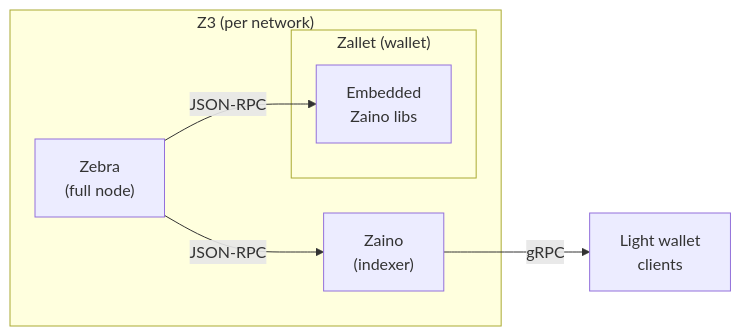
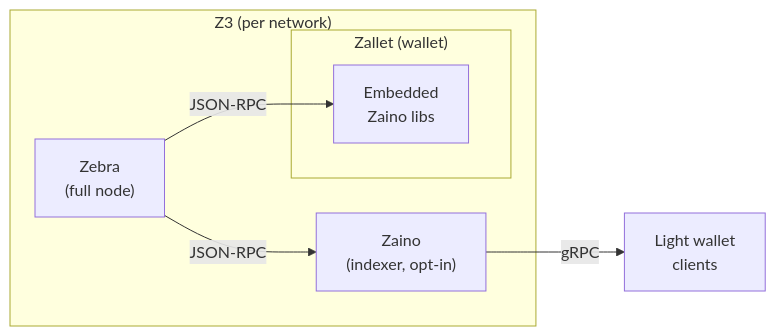
The diagram in README.md (ZcashFoundation/z3), drawn with Mermaid before and after one commit. The commit also changed other lines of this file and 16 other files, not shown here.

First line of the commit message:
refactor: default stack is Zebra + Zallet, Zaino behind an indexer profile (#51)

````diff
--- a/README.md
+++ b/README.md
@@ -137,15 +148,15 @@
 ```mermaid
 graph LR
     subgraph Z3["Z3 (per network)"]
         Zebra["Zebra<br/>(full node)"]
-        Zaino["Zaino<br/>(indexer)"]
+        Zaino["Zaino<br/>(indexer, opt-in)"]
 
         subgraph Zallet["Zallet (wallet)"]
             EmbeddedZaino["Embedded<br/>Zaino libs"]
         end
     end
 
     Zebra -->|JSON-RPC| Zaino
     Zebra -->|JSON-RPC| EmbeddedZaino
     Zaino -->|gRPC| LightClients["Light wallet<br/>clients"]
 ```
````
